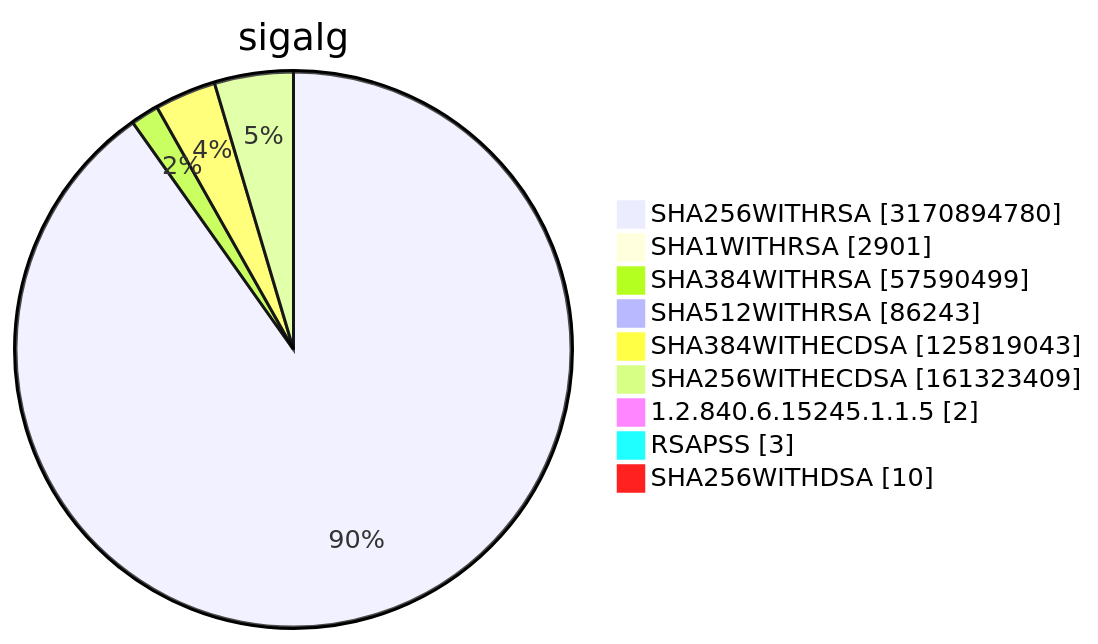
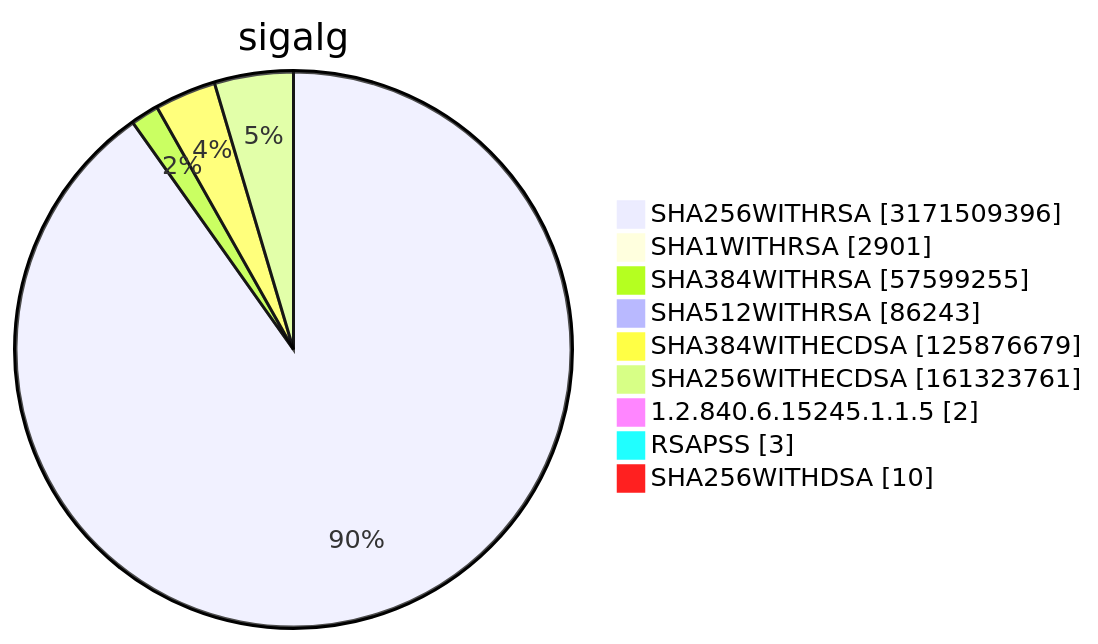
One commit to christiankrug/ctmonitor_visualization changed diagram 15 of 15 in TOTAL/README.md. Above: the diagram before and after it, drawn with Mermaid. The commit also changed other lines of this file, not shown here.

````diff
--- a/TOTAL/README.md
+++ b/TOTAL/README.md
@@ -6215,13 +6215,13 @@
 ```mermaid
 pie showData
 title sigalg
-"SHA256WITHRSA" :3170894780
+"SHA256WITHRSA" :3171509396
 "SHA1WITHRSA" :2901
-"SHA384WITHRSA" :57590499
+"SHA384WITHRSA" :57599255
 "SHA512WITHRSA" :86243
-"SHA384WITHECDSA" :125819043
-"SHA256WITHECDSA" :161323409
+"SHA384WITHECDSA" :125876679
+"SHA256WITHECDSA" :161323761
 "1.2.840.6.15245.1.1.5" :2
 "RSAPSS" :3
 "SHA256WITHDSA" :10
 ```
````
